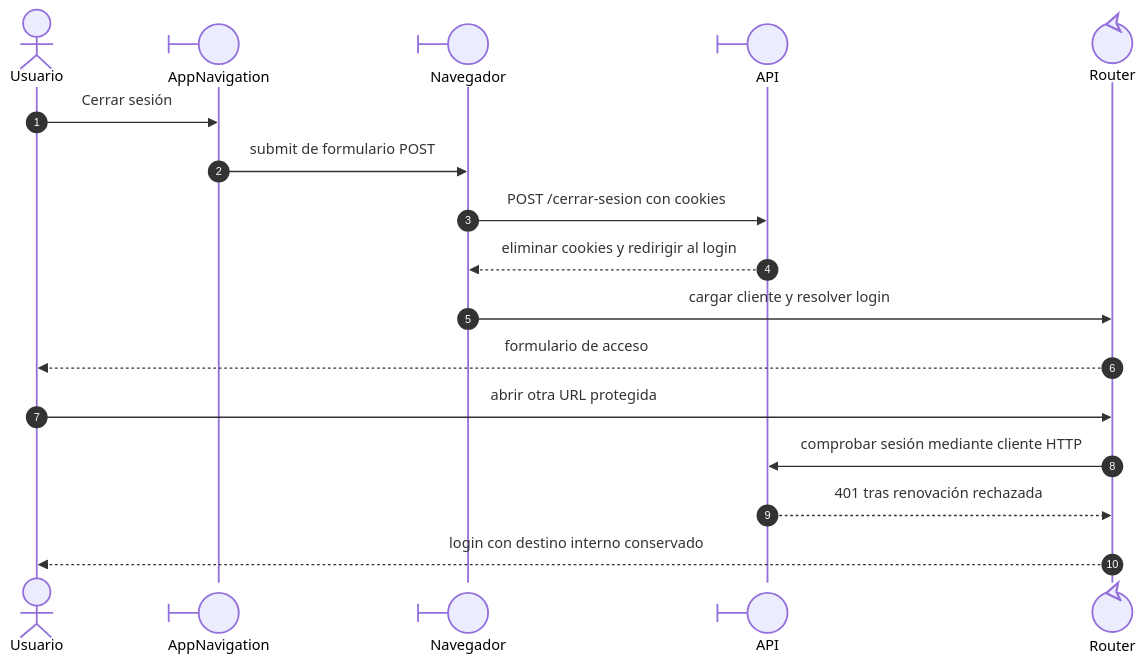
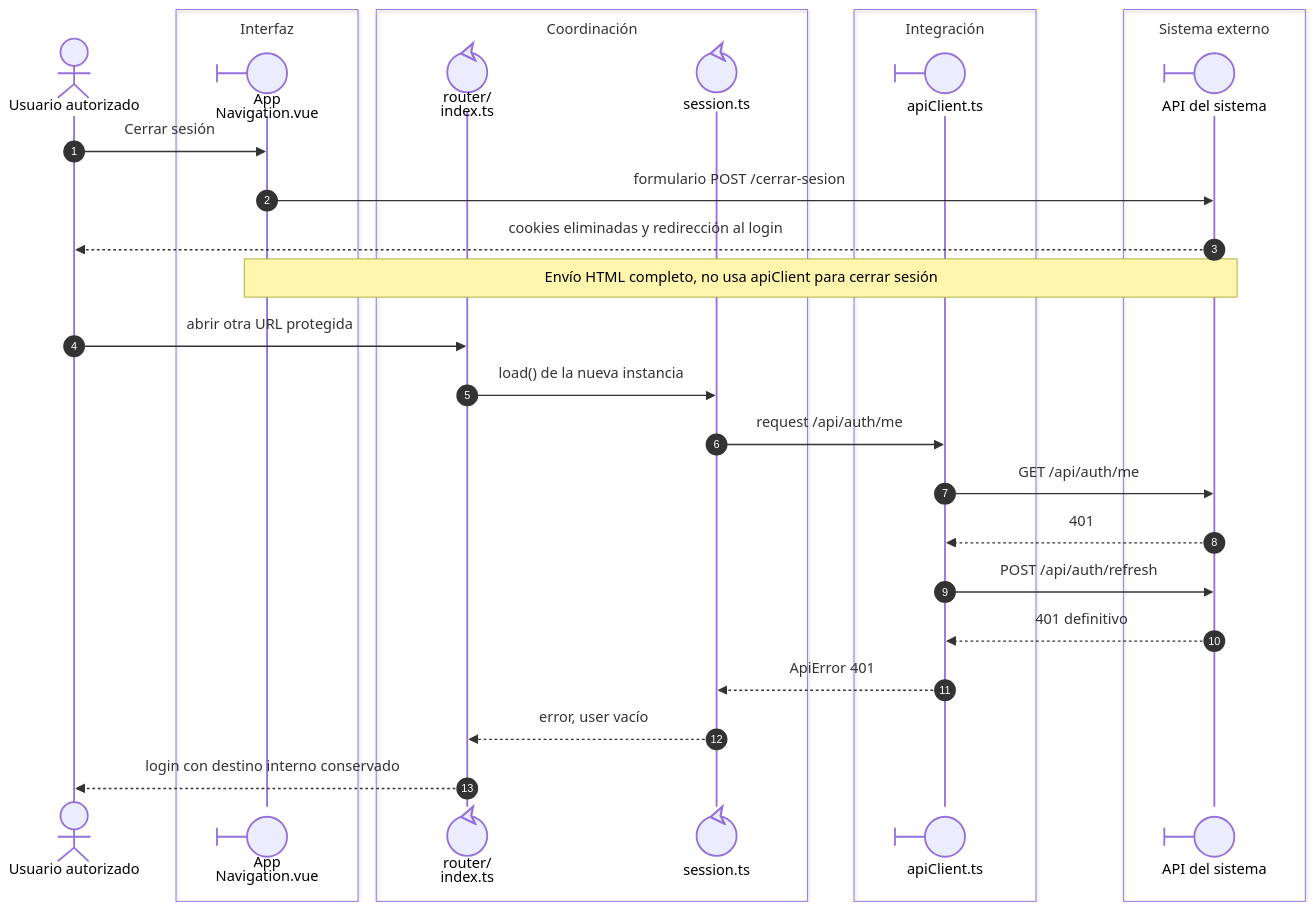
The diagram in front/docs/architecture/views/processes/01-session/03-logout.md (gpgsistemas01/nexus), drawn with Mermaid before and after one commit. The commit also changed other lines of this file and 46 other files, not shown here.

Commit message:
docs: alinear secuencias Vue con participantes y callbacks reales

````diff
--- a/front/docs/architecture/views/processes/01-session/03-logout.md
+++ b/front/docs/architecture/views/processes/01-session/03-logout.md
@@ -15,19 +13,32 @@
 ```mermaid
 sequenceDiagram
     autonumber
-    actor Usuario
-    participant Menu@{ "type": "boundary" } as AppNavigation
-    participant Browser@{ "type": "boundary" } as Navegador
-    participant API@{ "type": "boundary" } as API
-    participant Router@{ "type": "control" } as Router
-    Usuario->>Menu: Cerrar sesión
-    Menu->>Browser: submit de formulario POST
-    Browser->>API: POST /cerrar-sesion con cookies
-    API-->>Browser: eliminar cookies y redirigir al login
-    Browser->>Router: cargar cliente y resolver login
-    Router-->>Usuario: formulario de acceso
-    Usuario->>Router: abrir otra URL protegida
-    Router->>API: comprobar sesión mediante cliente HTTP
-    API-->>Router: 401 tras renovación rechazada
-    Router-->>Usuario: login con destino interno conservado
+    actor U as Usuario autorizado
+    box Interfaz
+    participant Menu@{ "type": "boundary" } as App<br/>Navigation.vue
+    end
+    box Coordinación
+    participant Route@{ "type": "control" } as router/<br/>index.ts
+    participant Session@{ "type": "control" } as session.ts
+    end
+    box Integración
+    participant HTTP@{ "type": "boundary" } as apiClient.ts
+    end
+    box Sistema externo
+    participant API@{ "type": "boundary" } as API del sistema
+    end
+    U->>Menu: Cerrar sesión
+    Menu->>API: formulario POST /cerrar-sesion
+    API-->>U: cookies eliminadas y redirección al login
+    Note over Menu,API: Envío HTML completo, no usa apiClient para cerrar sesión
+    U->>Route: abrir otra URL protegida
+    Route->>Session: load() de la nueva instancia
+    Session->>HTTP: request /api/auth/me
+    HTTP->>API: GET /api/auth/me
+    API-->>HTTP: 401
+    HTTP->>API: POST /api/auth/refresh
+    API-->>HTTP: 401 definitivo
+    HTTP-->>Session: ApiError 401
+    Session-->>Route: error, user vacío
+    Route-->>U: login con destino interno conservado
 ```
````
